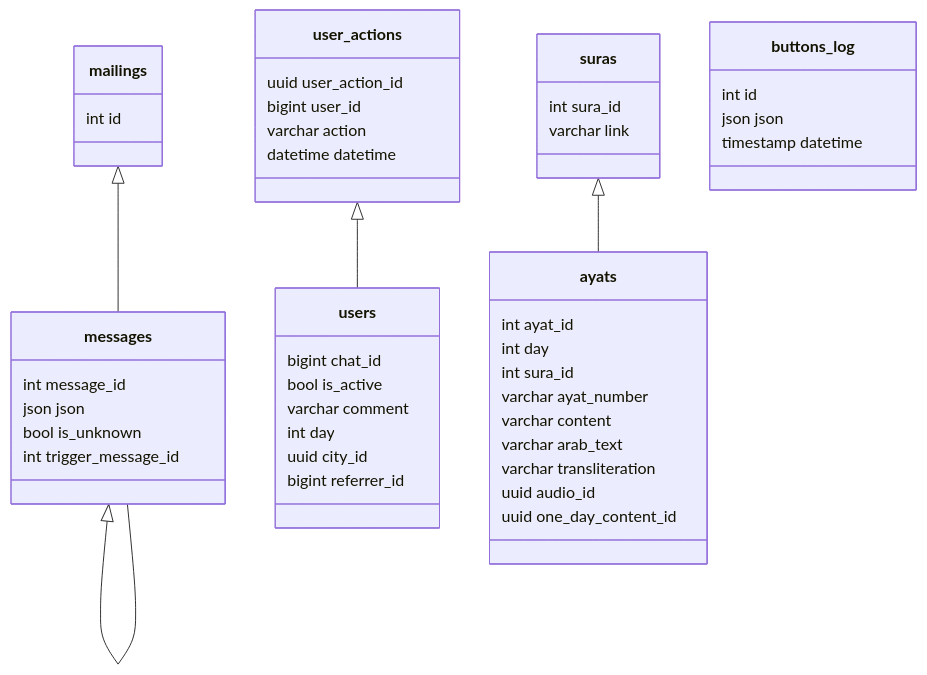
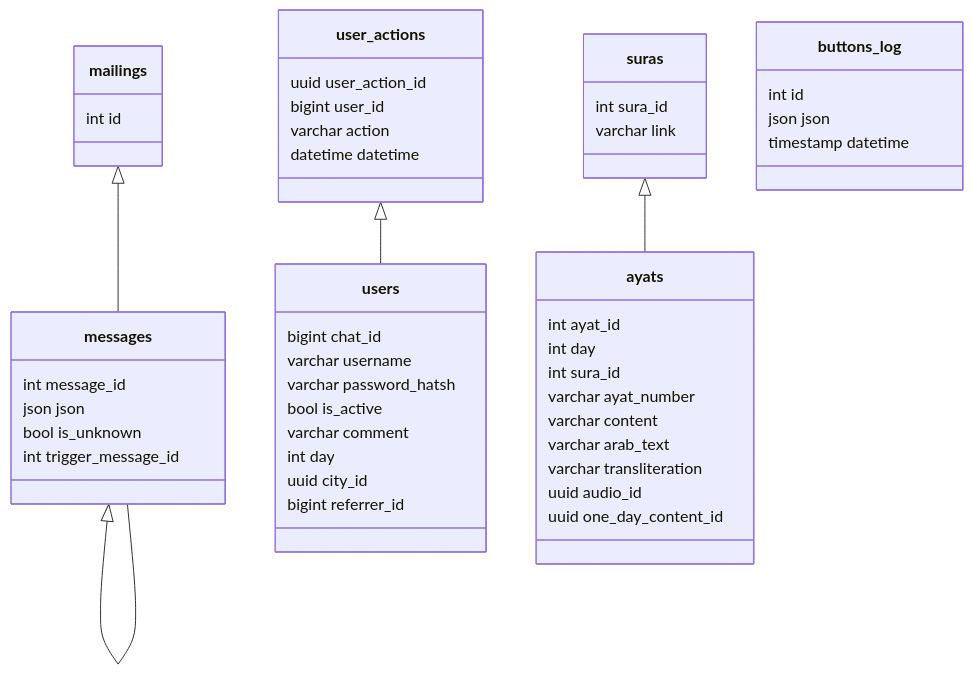
Before and after one commit to blablatdinov/tg-quranbot: the second of 2 diagrams in docs/db_schema_specification.md, drawn with Mermaid. The commit also changed other lines of this file, not shown here.

Commit message:
update schema

````diff
--- a/docs/db_schema_specification.md
+++ b/docs/db_schema_specification.md
@@ -103,50 +89,52 @@
 ```mermaid
 classDiagram
     mailings <|-- messages
     messages <|-- messages
     user_actions <|-- users
     suras <|-- ayats
     class messages{
         int message_id
         json json
         bool is_unknown
         int trigger_message_id
     }
     class mailings{
         int id
     }
     class buttons_log{
         int id
         json json
         timestamp datetime
     }
     class user_actions{
         uuid user_action_id
         bigint user_id
         varchar action
         datetime datetime
     }
     class users{
         bigint chat_id
+        varchar username
+        varchar password_hatsh
         bool is_active
         varchar comment
         int day
         uuid city_id
         bigint referrer_id
     }
     class suras{
         int sura_id
         varchar link
     }
     class ayats{
         int ayat_id
         int day
         int sura_id
         varchar ayat_number
         varchar content
         varchar arab_text
         varchar transliteration
         uuid audio_id
         uuid one_day_content_id
     }
 ```
````
